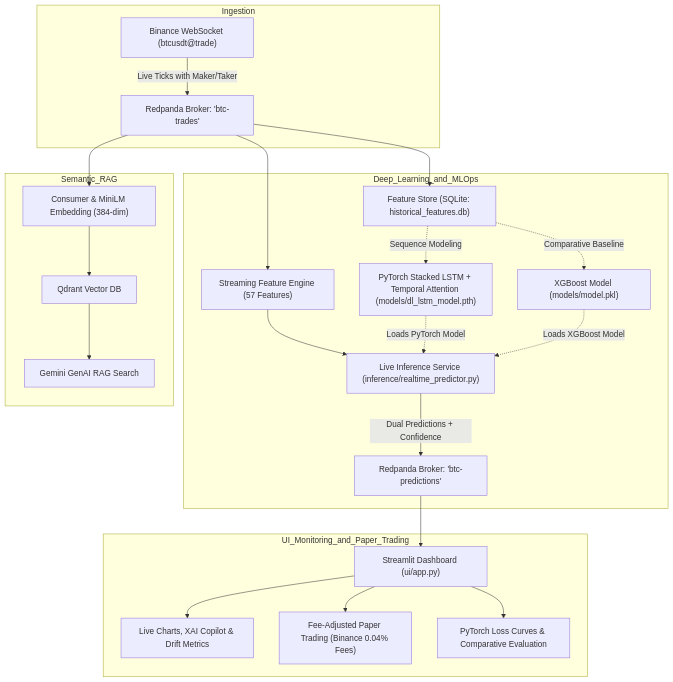
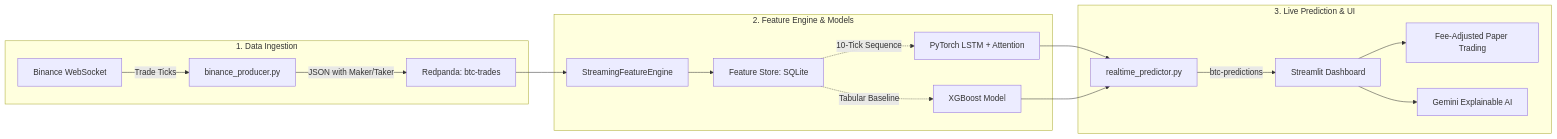
The diagram in README.md (Navaneeth15-28/crypto-ai-pipeline), drawn with Mermaid before and after one commit. The commit also changed other lines of this file and 1 other file, not shown here.

Commit message:
Add high-resolution vector SVG architecture diagram to README

````diff
--- a/README.md
+++ b/README.md
@@ -9,30 +16,22 @@
 ```mermaid
-graph TD
-    subgraph Ingestion
-    A["Binance WebSocket (btcusdt@trade)"] -->|Live Ticks with Maker/Taker| B["Redpanda Broker: 'btc-trades'"]
+flowchart LR
+    subgraph Ingestion ["1. Data Ingestion"]
+        A["Binance WebSocket"] -->|Trade Ticks| B["binance_producer.py"]
+        B -->|JSON with Maker/Taker| C["Redpanda: btc-trades"]
     end
 
-    subgraph Deep_Learning_and_MLOps
-    B --> C["Feature Store (SQLite: historical_features.db)"]
-    C -.->|Sequence Modeling| D["PyTorch Stacked LSTM + Temporal Attention (models/dl_lstm_model.pth)"]
-    C -.->|Comparative Baseline| E["XGBoost Model (models/model.pkl)"]
-    B --> F["Streaming Feature Engine (57 Features)"]
-    F --> G["Live Inference Service (inference/realtime_predictor.py)"]
-    D -.->|Loads PyTorch Model| G
-    E -.->|Loads XGBoost Model| G
-    G -->|Dual Predictions + Confidence| H["Redpanda Broker: 'btc-predictions'"]
+    subgraph MLOps ["2. Feature Engine & Models"]
+        C --> D["StreamingFeatureEngine"]
+        D --> E["Feature Store: SQLite"]
+        E -.->|10-Tick Sequence| F["PyTorch LSTM + Attention"]
+        E -.->|Tabular Baseline| G["XGBoost Model"]
     end
 
-    subgraph UI_Monitoring_and_Paper_Trading
-    H --> I["Streamlit Dashboard (ui/app.py)"]
-    I --> J["Live Charts, XAI Copilot & Drift Metrics"]
-    I --> K["Fee-Adjusted Paper Trading (Binance 0.04% Fees)"]
-    I --> L["PyTorch Loss Curves & Comparative Evaluation"]
-    end
-
-    subgraph Semantic_RAG
-    B --> M["Consumer & MiniLM Embedding (384-dim)"]
-    M --> N["Qdrant Vector DB"]
-    N --> O["Gemini GenAI RAG Search"]
+    subgraph Inference ["3. Live Prediction & UI"]
+        F --> H["realtime_predictor.py"]
+        G --> H
+        H -->|btc-predictions| I["Streamlit Dashboard"]
+        I --> J["Fee-Adjusted Paper Trading"]
+        I --> K["Gemini Explainable AI"]
     end
 ```
````
